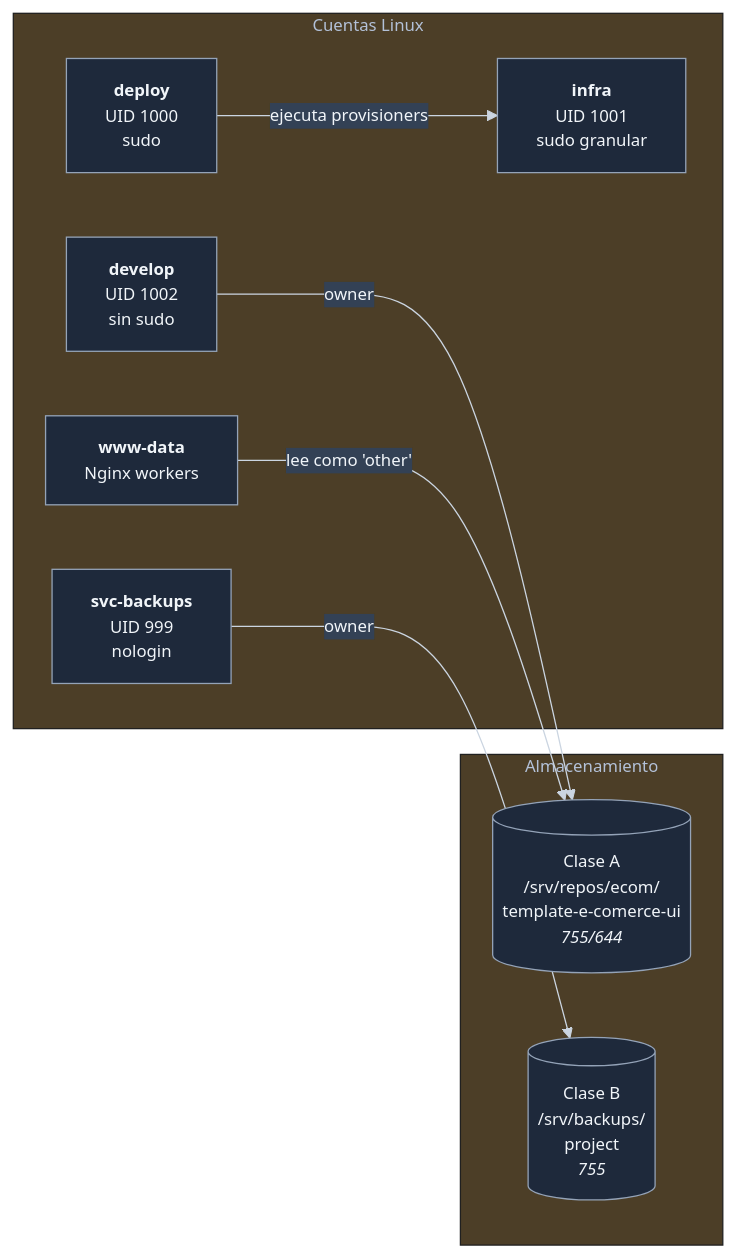
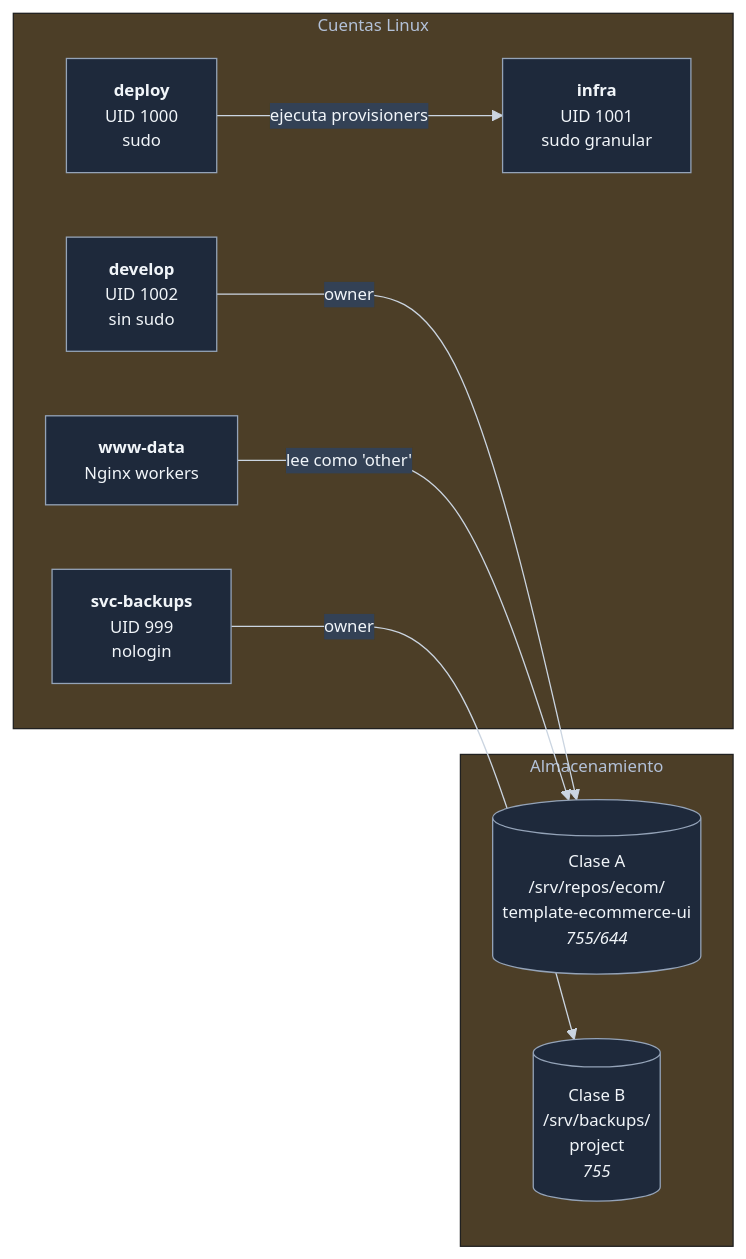
Before and after one commit to jcg-admin/template-ecommerce-server: the second of 5 diagrams in docs/arquitectura.md, drawn with Mermaid. The commit also changed other lines of this file and 27 other files, not shown here.

First line of the commit message:
Rename to template-ecommerce-server (F2)

````diff
--- a/docs/arquitectura.md
+++ b/docs/arquitectura.md
@@ -113,29 +113,29 @@
 ```mermaid
 %%{init: {'theme':'base', 'themeVariables': {
   'background': '#0f172a',
   'primaryColor': '#1e293b',
   'primaryTextColor': '#f1f5f9',
   'primaryBorderColor': '#94a3b8',
   'lineColor': '#cbd5e1',
   'secondaryColor': '#334155',
   'fontSize': '13px'
 }}}%%
 flowchart LR
     subgraph subgraph_cuentas_linux["Cuentas Linux"]
         cuenta_deploy["<b>deploy</b><br/>UID 1000<br/>sudo"]
         cuenta_infra["<b>infra</b><br/>UID 1001<br/>sudo granular"]
         cuenta_develop["<b>develop</b><br/>UID 1002<br/>sin sudo"]
         cuenta_svc_backups["<b>svc-backups</b><br/>UID 999<br/>nologin"]
         cuenta_www_data["<b>www-data</b><br/>Nginx workers"]
     end
 
     subgraph subgraph_almacenamiento["Almacenamiento"]
-        storage_clase_a_codigo[("Clase A<br/>/srv/repos/ecom/<br/>template-e-comerce-ui<br/><i>755/644</i>")]
+        storage_clase_a_codigo[("Clase A<br/>/srv/repos/ecom/<br/>template-ecommerce-ui<br/><i>755/644</i>")]
         storage_clase_b_backups[("Clase B<br/>/srv/backups/<br/>project<br/><i>755</i>")]
     end
 
     cuenta_develop -- "owner" --> storage_clase_a_codigo
     cuenta_svc_backups -- "owner" --> storage_clase_b_backups
     cuenta_www_data -- "lee como 'other'" --> storage_clase_a_codigo
     cuenta_deploy -- "ejecuta provisioners" --> cuenta_infra
 ```
````
